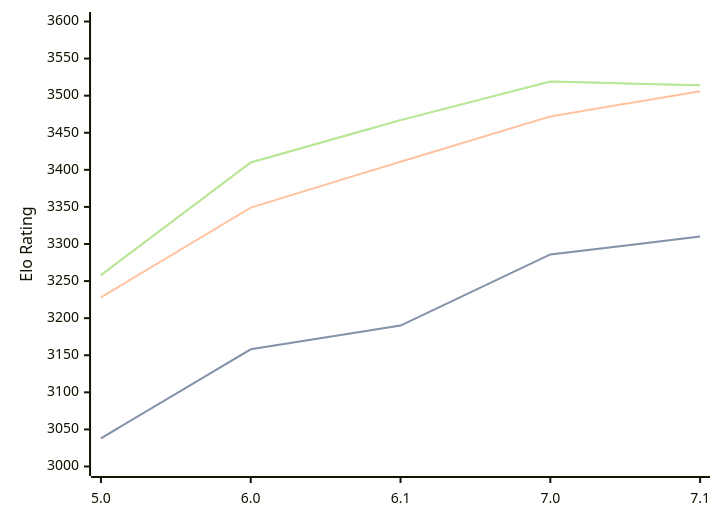
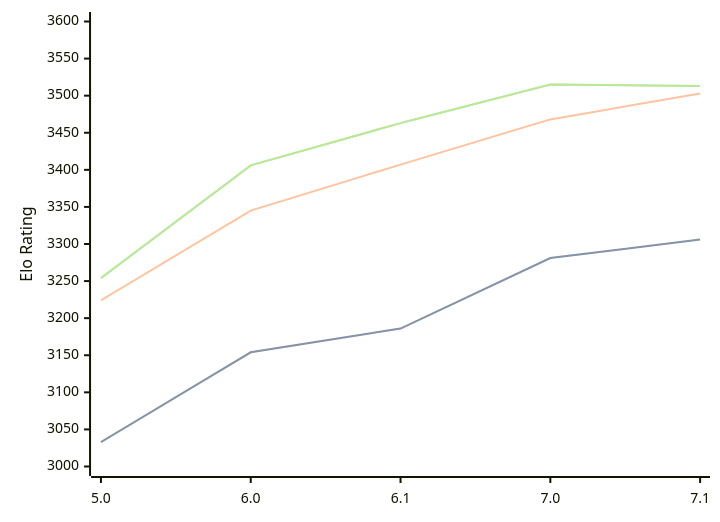
One commit to computer-chess-index/cci changed the first of 3 diagrams in engines/PZChessBot.md. Above: the diagram before and after it, drawn with Mermaid. The commit also changed other lines of this file, not shown here.

Commit message:
Update CCI Ratings (ELO VLTC) - 2026-07-16

````diff
--- a/engines/PZChessBot.md
+++ b/engines/PZChessBot.md
@@ -44,11 +44,11 @@
 ```mermaid
 %%{init: {"theme":"base","themeVariables":{"seriesColors:['#a3a3a3','#222221','#faa371']}}}%%
 xychart-beta
   x-axis ["5.0", "6.0", "6.1", "7.0", "7.1"]
   y-axis "Elo Rating" 3000 --> 3600
-  line "STC (8.0+0.08s)" [3038, 3158, 3190, 3286, 3310]
-  line "STC (8.0+0.08s)" [3038, 3158, 3190, 3286, 3310]
-  line "LTC (60.0+0.60s)" [3228, 3349, 3411, 3472, 3506]
-  line "VLTC (2m24s+1.12s)" [3258, 3410, 3467, 3519, 3514]
-  line "VLTC (2m24s+1.12s)" [3258, 3410, 3467, 3519, 3514]
+  line "STC (8.0+0.08s)" [3033, 3154, 3186, 3281, 3306]
+  line "STC (8.0+0.08s)" [3033, 3154, 3186, 3281, 3306]
+  line "LTC (60.0+0.60s)" [3224, 3345, 3407, 3468, 3503]
+  line "VLTC (2m24s+1.12s)" [3254, 3406, 3463, 3515, 3513]
+  line "VLTC (2m24s+1.12s)" [3254, 3406, 3463, 3515, 3513]
 ```
````
